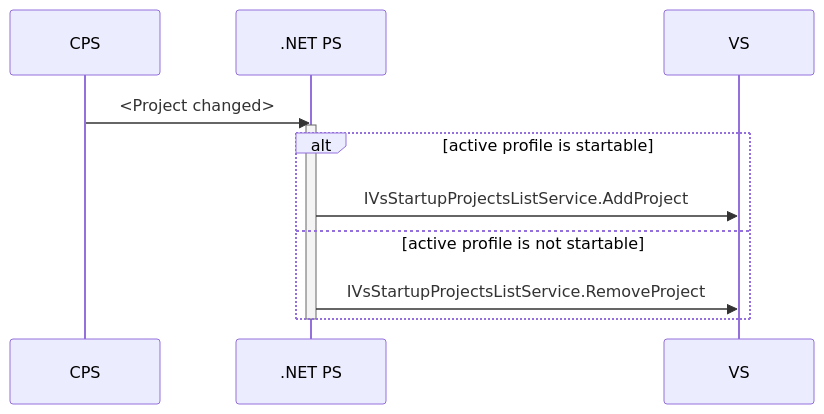
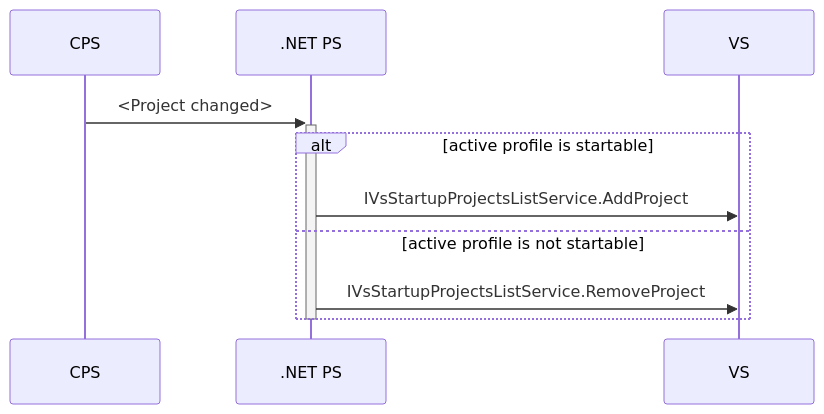
Before and after one commit to X-Sharp/XSharpPublic: the first of 3 diagrams in src/VisualStudio/SDKProjects/docs/launch-flow.md, drawn with Mermaid. The commit also changed other lines of this file and 492 other files, not shown here.

````diff
--- a/src/VisualStudio/SDKProjects/docs/launch-flow.md
+++ b/src/VisualStudio/SDKProjects/docs/launch-flow.md
@@ -21,15 +34,14 @@
 ```mermaid
 sequenceDiagram
   participant CPS
   participant .NET as .NET PS
   participant VS
   
-  CPS->>.NET: <Project changed>
-  activate .NET
+  CPS->>+.NET: <Project changed>
   alt active profile is startable
     .NET->>VS: IVsStartupProjectsListService.AddProject
   else active profile is not startable
     .NET->>VS: IVsStartupProjectsListService.RemoveProject
   end
   deactivate .NET
 ```
````
